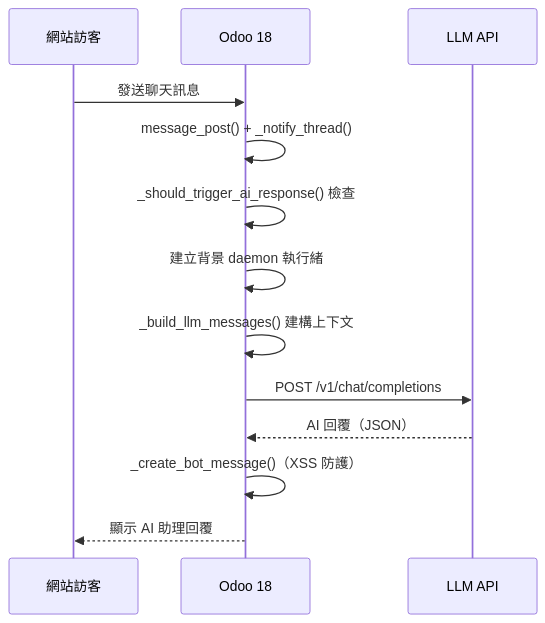
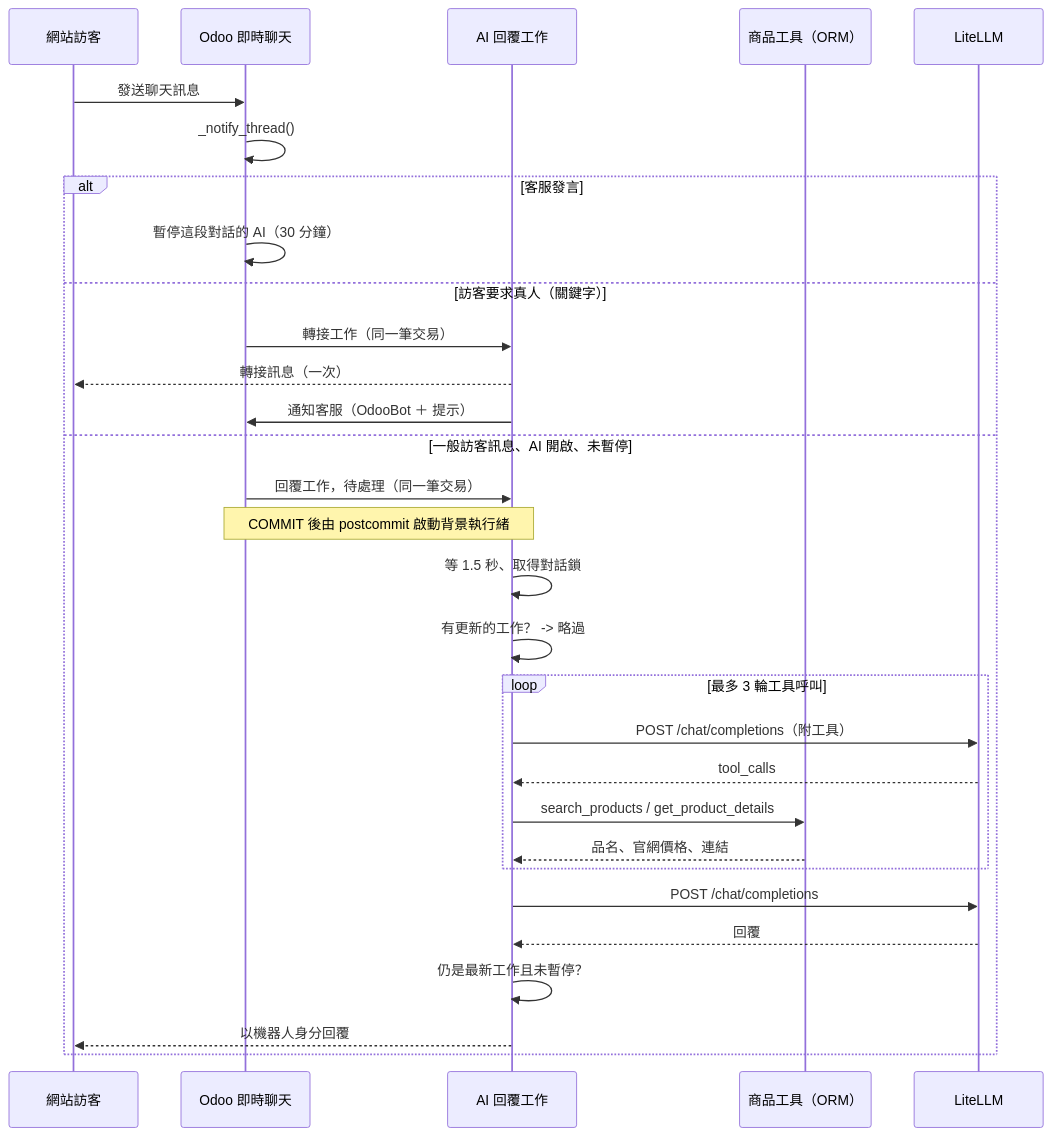
The first of 2 diagrams in README_zh-TW.md (WOOWTECH/Woow_odoo_ai_livechat), drawn with Mermaid before and after one commit. The commit also changed other lines of this file and 137 other files, not shown here.

````diff
--- a/README_zh-TW.md
+++ b/README_zh-TW.md
@@ -115,16 +138,33 @@
 ```mermaid
 sequenceDiagram
     participant V as 網站訪客
-    participant O as Odoo 18
-    participant L as LLM API
+    participant O as Odoo 即時聊天
+    participant J as AI 回覆工作
+    participant T as 商品工具（ORM）
+    participant L as LiteLLM
 
     V->>O: 發送聊天訊息
-    O->>O: message_post() + _notify_thread()
-    O->>O: _should_trigger_ai_response() 檢查
-    O->>O: 建立背景 daemon 執行緒
-    O->>O: _build_llm_messages() 建構上下文
-    O->>L: POST /v1/chat/completions
-    L-->>O: AI 回覆（JSON）
-    O->>O: _create_bot_message()（XSS 防護）
-    O-->>V: 顯示 AI 助理回覆
+    O->>O: _notify_thread()
+    alt 客服發言
+        O->>O: 暫停這段對話的 AI（30 分鐘）
+    else 訪客要求真人（關鍵字）
+        O->>J: 轉接工作（同一筆交易）
+        J-->>V: 轉接訊息（一次）
+        J->>O: 通知客服（OdooBot ＋ 提示）
+    else 一般訪客訊息、AI 開啟、未暫停
+        O->>J: 回覆工作，待處理（同一筆交易）
+        Note over O,J: COMMIT 後由 postcommit 啟動背景執行緒
+        J->>J: 等 1.5 秒、取得對話鎖
+        J->>J: 有更新的工作？ -> 略過
+        loop 最多 3 輪工具呼叫
+            J->>L: POST /chat/completions（附工具）
+            L-->>J: tool_calls
+            J->>T: search_products / get_product_details
+            T-->>J: 品名、官網價格、連結
+        end
+        J->>L: POST /chat/completions
+        L-->>J: 回覆
+        J->>J: 仍是最新工作且未暫停？
+        J-->>V: 以機器人身分回覆
+    end
 ```
````
